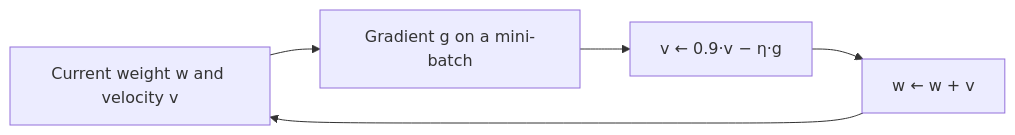
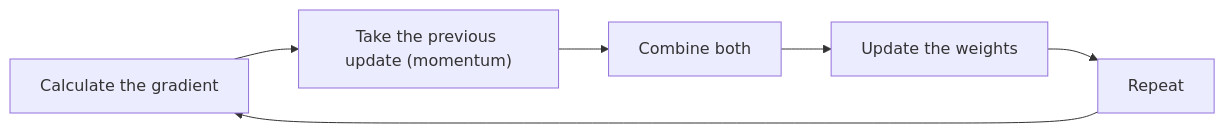
One commit to TrendySloth1001/sem-seven-notes changed the diagram in content/deep-learning/pyq/2023-12/q5a.hi.mdx. Above: the diagram before and after it, drawn with Mermaid. The commit also changed other lines of this file and 254 other files, not shown here.

Commit message:
Rewrite the backpropagation, gradient descent, regularization and autoencoder notes and their 29 answers from the teachers' class files. They use 185 teacher figures with class-notes citations only, and correct the AdaGrad, RMSProp, Nesterov and batch-norm numbers on the slides.

````diff
--- a/content/deep-learning/pyq/2023-12/q5a.hi.mdx
+++ b/content/deep-learning/pyq/2023-12/q5a.hi.mdx
@@ -36,8 +13,9 @@
 ```mermaid
-%% caption: Momentum ka ek step. Naya gradient purani, fade hoti velocity mein jodta hai, aur weight raw gradient se nahi, velocity se move hota hai.
+%% caption: Momentum current gradient ko pichle update ke saath combine karke smoother, faster step banata hai.
 flowchart LR
-  A["Current weight w and velocity v"] --> B["Gradient g on a mini-batch"]
-  B --> C["v ← 0.9·v − η·g"]
-  C --> D["w ← w + v"]
-  D --> A
+  A["Calculate the gradient"] --> B["Take the previous update (momentum)"]
+  B --> C["Combine both"]
+  C --> D["Update the weights"]
+  D --> E["Repeat"]
+  E --> A
 ```
````
